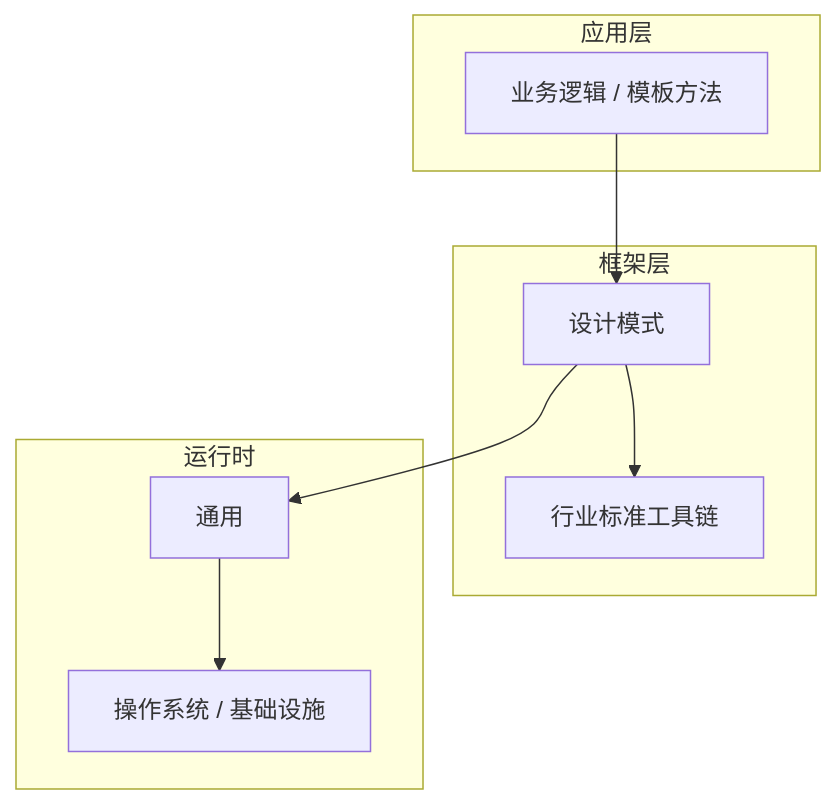
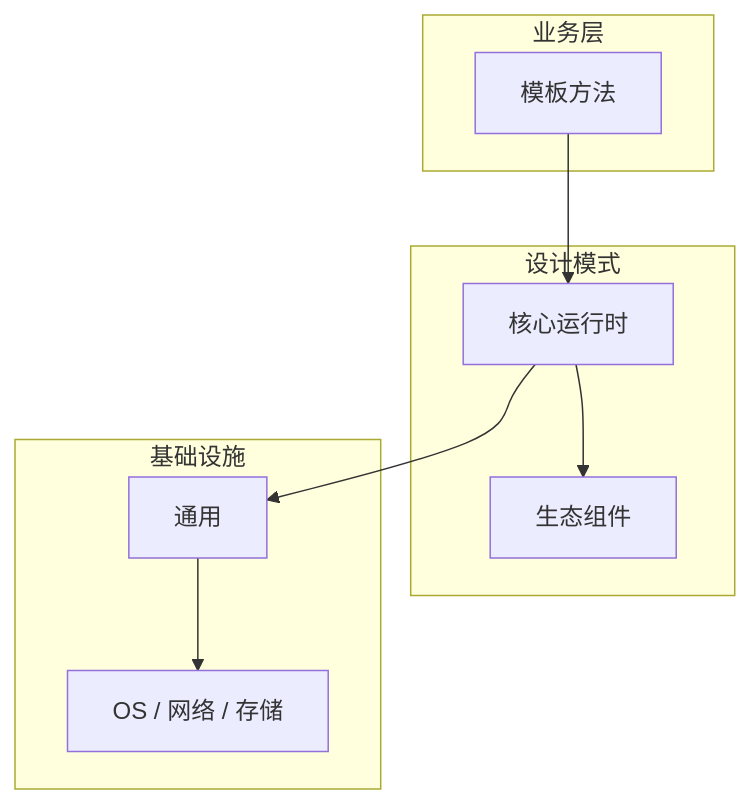
One commit to yanggan2015/knowledge-json-v2 changed the diagram in articles/设计模式/chapters/077-模板方法核心概念与原理.md. Above: the diagram before and after it, drawn with Mermaid. The commit also changed other lines of this file and 10127 other files, not shown here.

````diff
--- a/articles/设计模式/chapters/077-模板方法核心概念与原理.md
+++ b/articles/设计模式/chapters/077-模板方法核心概念与原理.md
@@ -45,18 +34,18 @@
 ```mermaid
 graph TB
-    subgraph 应用层
-        A[业务逻辑 / 模板方法]
+    subgraph 业务层
+        A[模板方法]
     end
-    subgraph 框架层
-        B[设计模式]
-        C[行业标准工具链]
+    subgraph 设计模式
+        B[核心运行时]
+        C[生态组件]
     end
-    subgraph 运行时
+    subgraph 基础设施
         D[通用]
-        E[操作系统 / 基础设施]
+        E[OS / 网络 / 存储]
     end
     A --> B
     B --> C
     B --> D
     D --> E
 ```
````
